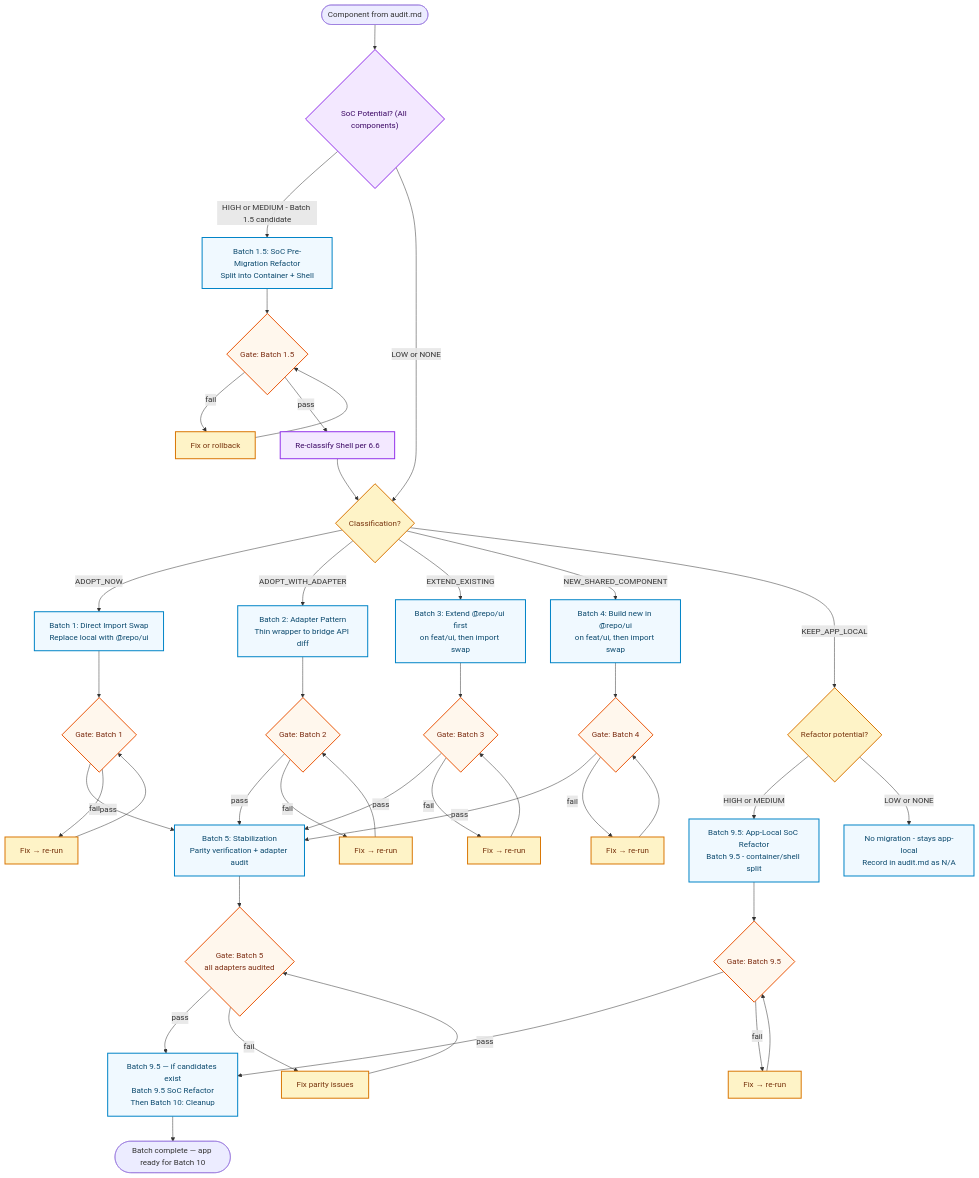
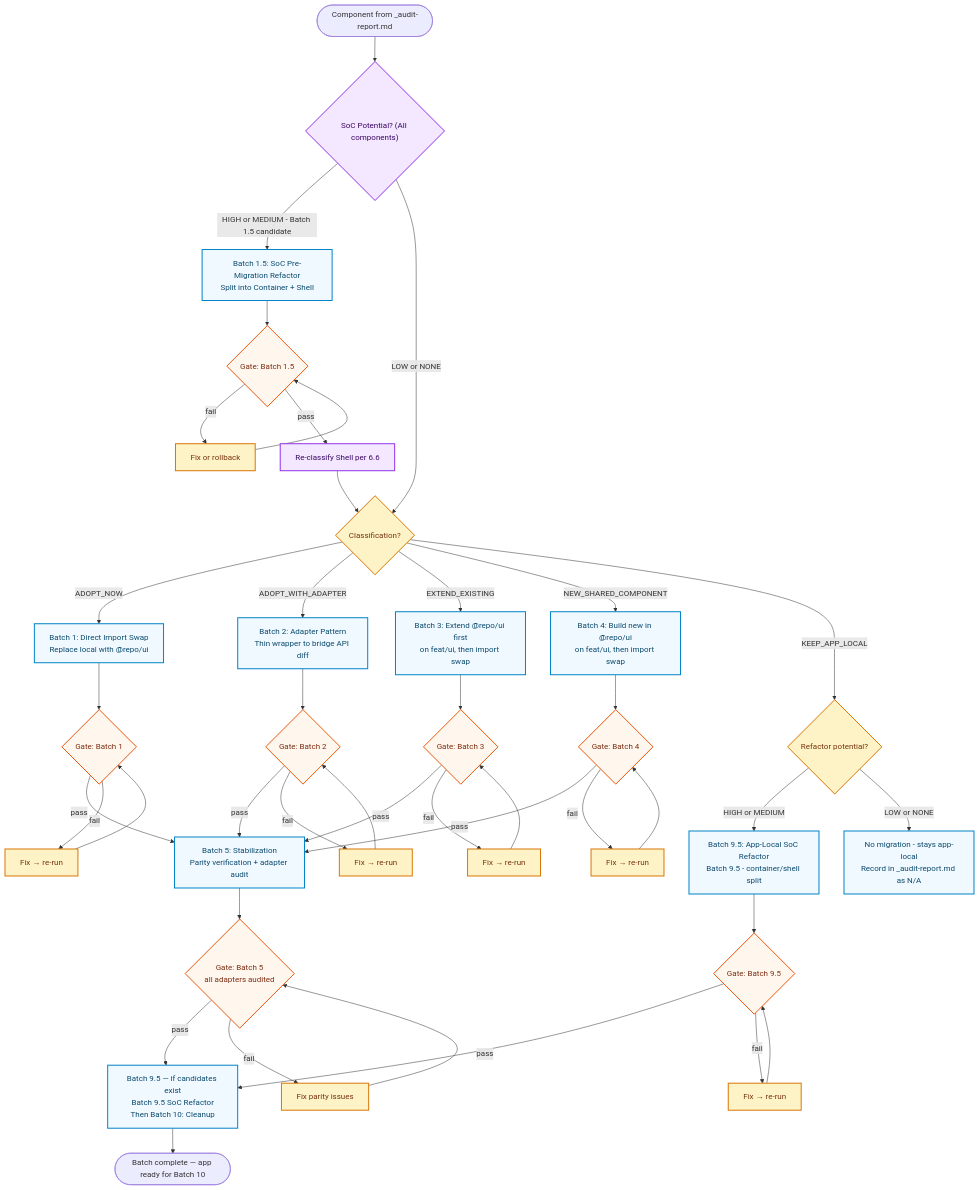
The second of 3 diagrams in apps/admin-portal/docs/migration/component/00-overview.md (mahardikakdenie/.agent-skills), drawn with Mermaid before and after one commit. The commit also changed other lines of this file and 20 other files, not shown here.

````diff
--- a/apps/admin-portal/docs/migration/component/00-overview.md
+++ b/apps/admin-portal/docs/migration/component/00-overview.md
@@ -269,50 +270,50 @@
 ```mermaid
 flowchart TD
   classDef batch fill:#f0f9ff,stroke:#0284c7,color:#0c4a6e,stroke-width:2px;
   classDef decision fill:#fef3c7,stroke:#d97706,color:#78350f,stroke-width:2px;
   classDef gate fill:#fff7ed,stroke:#ea580c,color:#7c2d12,stroke-width:2px;
 
   classDef soc fill:#f3e8ff,stroke:#9333ea,color:#3b0764,stroke-width:2px;
 
-  START([Component from audit.md]) --> Q1S{"SoC Potential? (All components)"}:::soc
+  START([Component from _audit-report.md]) --> Q1S{"SoC Potential? (All components)"}:::soc
 
   Q1S --> |"HIGH or MEDIUM - Batch 1.5 candidate"| W15["Batch 1.5: SoC Pre-Migration Refactor<br/>Split into Container + Shell"]:::batch
   W15 --> G15{Gate: Batch 1.5}:::gate
   G15 -- fail --> F15["Fix or rollback"]:::decision --> G15
   G15 -- pass --> W15B["Re-classify Shell per 6.6"]:::soc
   W15B --> Q1
 
   Q1S --> |"LOW or NONE"| Q1{Classification?}:::decision
 
   Q1 --> |ADOPT_NOW| WA[Batch 1: Direct Import Swap<br/>Replace local with @repo/ui]:::batch
   Q1 --> |ADOPT_WITH_ADAPTER| WB[Batch 2: Adapter Pattern<br/>Thin wrapper to bridge API diff]:::batch
   Q1 --> |EXTEND_EXISTING| WC[Batch 3: Extend @repo/ui first<br/>on feat/ui, then import swap]:::batch
   Q1 --> |NEW_SHARED_COMPONENT| WD[Batch 4: Build new in @repo/ui<br/>on feat/ui, then import swap]:::batch
   Q1 --> |KEEP_APP_LOCAL| Q1K{Refactor potential?}:::decision
   Q1K --> |HIGH or MEDIUM| WK[Batch 9.5: App-Local SoC Refactor<br/>Batch 9.5 - container/shell split]:::batch
-  Q1K --> |LOW or NONE| SKIP[No migration - stays app-local<br/>Record in audit.md as N/A]:::batch
+  Q1K --> |LOW or NONE| SKIP[No migration - stays app-local<br/>Record in _audit-report.md as N/A]:::batch
 
   WA --> GA{Gate: Batch 1}:::gate
   WB --> GB{Gate: Batch 2}:::gate
   WC --> GC{Gate: Batch 3}:::gate
   WD --> GD{Gate: Batch 4}:::gate
 
   GA -- pass --> WE[Batch 5: Stabilization<br/>Parity verification + adapter audit]:::batch
   GB -- pass --> WE
   GC -- pass --> WE
   GD -- pass --> WE
 
   GA -- fail --> FA[Fix → re-run]:::decision --> GA
   GB -- fail --> FB[Fix → re-run]:::decision --> GB
   GC -- fail --> FC[Fix → re-run]:::decision --> GC
   GD -- fail --> FD[Fix → re-run]:::decision --> GD
 
   WE --> GE{Gate: Batch 5<br/>all adapters audited}:::gate
   GE -- pass --> WF[Batch 9.5 — if candidates exist<br/>Batch 9.5 SoC Refactor<br/>Then Batch 10: Cleanup]:::batch
   WK --> GK{Gate: Batch 9.5}:::gate
   GK -- pass --> WF
   GK -- fail --> FK[Fix → re-run]:::decision --> GK
   GE -- fail --> FE[Fix parity issues]:::decision --> GE
 
   WF --> BATCHDONE([Batch complete — app ready for Batch 10])
 ```
````
